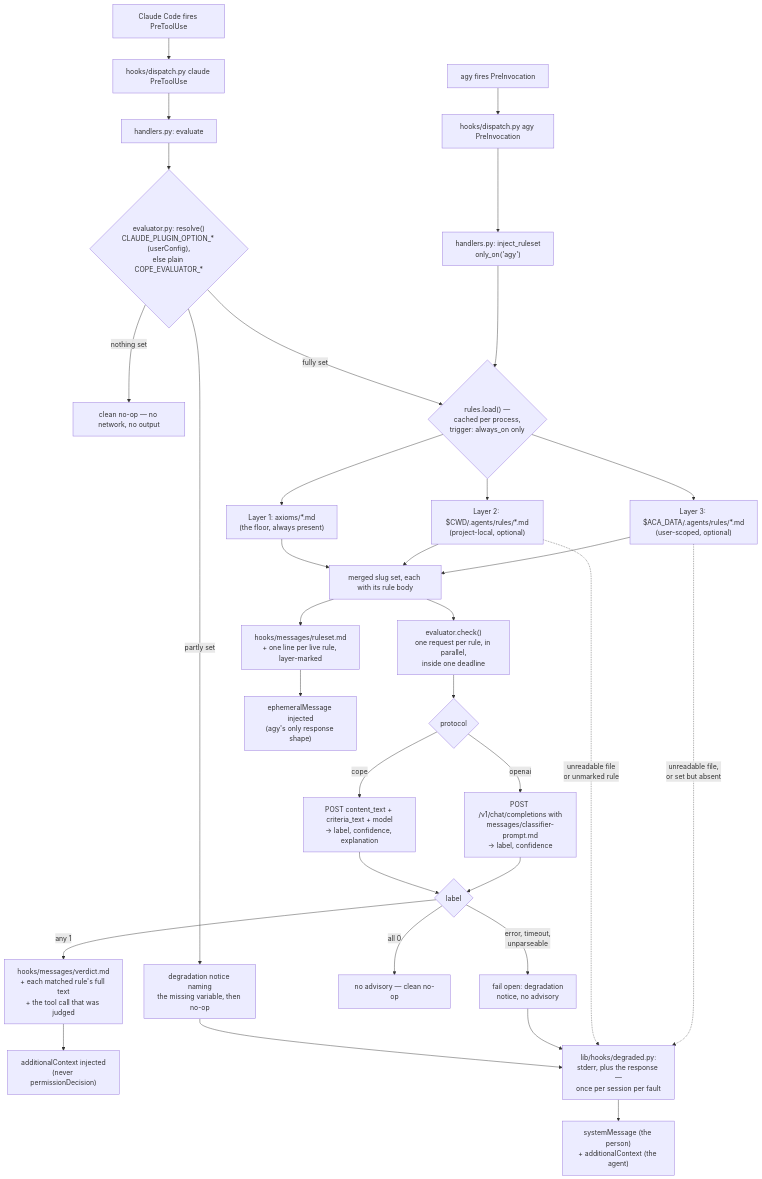
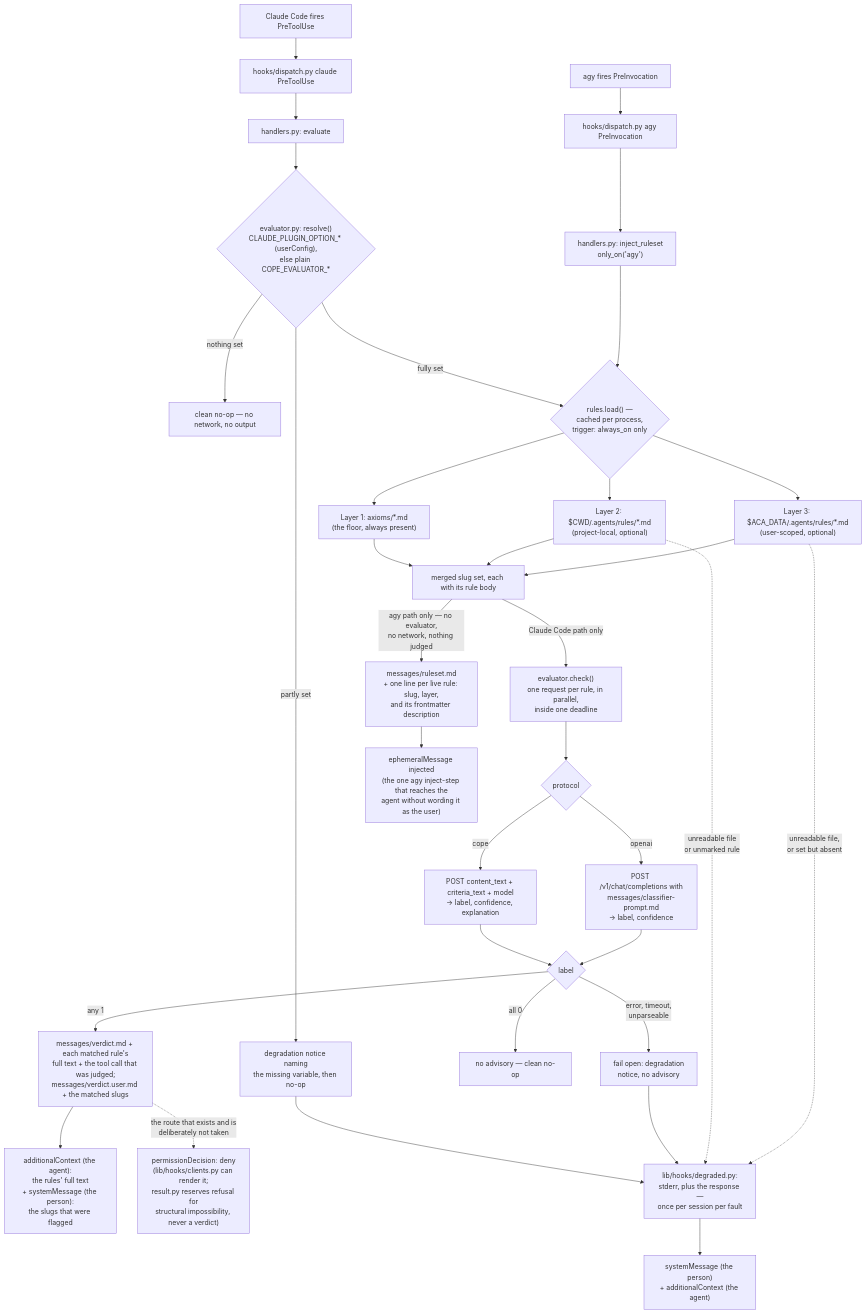
The diagram in plugins/cope/README.md (nicsuzor/academicOps), drawn with Mermaid before and after one commit. The commit also changed other lines of this file and 21 other files, not shown here.

````diff
--- a/plugins/cope/README.md
+++ b/plugins/cope/README.md
@@ -9,41 +5,43 @@
 ```mermaid
 flowchart TD
     A[Claude Code fires PreToolUse] --> B["hooks/dispatch.py claude PreToolUse"]
     A2[agy fires PreInvocation] --> B2["hooks/dispatch.py agy PreInvocation"]
     B --> C["handlers.py: evaluate"]
     B2 --> C2["handlers.py: inject_ruleset<br/>only_on('agy')"]
 
     C --> R{"evaluator.py: resolve()<br/>CLAUDE_PLUGIN_OPTION_* (userConfig),<br/>else plain COPE_EVALUATOR_*"}
     R -->|nothing set| R1[clean no-op — no network, no output]
     R -->|partly set| R2[degradation notice naming<br/>the missing variable, then no-op]
     R -->|fully set| D
 
     C2 --> D
     D{"rules.load() —<br/>cached per process,<br/>trigger: always_on only"} --> E1["Layer 1: axioms/*.md<br/>(the floor, always present)"]
     D --> E2["Layer 2: $CWD/.agents/rules/*.md<br/>(project-local, optional)"]
     D --> E3["Layer 3: $ACA_DATA/.agents/rules/*.md<br/>(user-scoped, optional)"]
     E1 --> F[merged slug set, each with its rule body]
     E2 --> F
     E3 --> F
 
-    F --> G["evaluator.check()<br/>one request per rule, in parallel,<br/>inside one deadline"]
+    F -->|Claude Code path only| G["evaluator.check()<br/>one request per rule, in parallel,<br/>inside one deadline"]
     G --> H{"protocol"}
     H -->|cope| H1["POST content_text + criteria_text + model<br/>→ label, confidence, explanation"]
     H -->|openai| H2["POST /v1/chat/completions with<br/>messages/classifier-prompt.md<br/>→ label, confidence"]
     H1 --> I{label}
     H2 --> I
     I -->|error, timeout,<br/>unparseable| J["fail open: degradation<br/>notice, no advisory"]
     I -->|all 0| K[no advisory — clean no-op]
-    I -->|any 1| L["hooks/messages/verdict.md<br/>+ each matched rule's full text<br/>+ the tool call that was judged"]
-    L --> M["additionalContext injected<br/>(never permissionDecision)"]
+    I -->|any 1| L["messages/verdict.md + each matched rule's<br/>full text + the tool call that was judged;<br/>messages/verdict.user.md + the matched slugs"]
+    L --> M["additionalContext (the agent):<br/>the rules' full text<br/>+ systemMessage (the person):<br/>the slugs that were flagged"]
+    L -.->|the route that exists and is<br/>deliberately not taken| Z
+    Z["permissionDecision: deny<br/>(lib/hooks/clients.py can render it;<br/>result.py reserves refusal for<br/>structural impossibility, never a verdict)"]
 
-    F --> N["hooks/messages/ruleset.md<br/>+ one line per live rule, layer-marked"]
-    N --> O["ephemeralMessage injected<br/>(agy's only response shape)"]
+    F -->|agy path only — no evaluator,<br/>no network, nothing judged| N["messages/ruleset.md<br/>+ one line per live rule: slug, layer,<br/>and its frontmatter description"]
+    N --> O["ephemeralMessage injected<br/>(the one agy inject-step that reaches the<br/>agent without wording it as the user)"]
 
     R2 --> P
     J --> P
     E2 -.->|unreadable file<br/>or unmarked rule| P
     E3 -.->|unreadable file,<br/>or set but absent| P
     P["lib/hooks/degraded.py:<br/>stderr, plus the response —<br/>once per session per fault"]
     P --> Q["systemMessage (the person)<br/>+ additionalContext (the agent)"]
 ```
````
